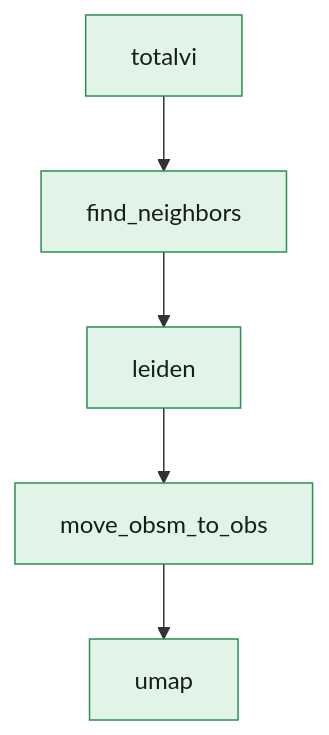
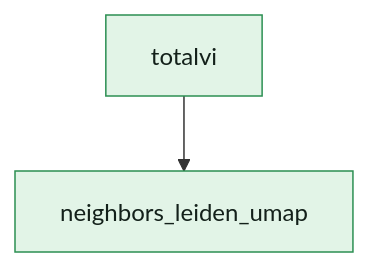
Before and after one commit to openpipelines-bio/openpipeline_docs: the diagram in reference/openpipeline/v4.2.0/workflows/integration/totalvi_leiden.qmd, drawn with Mermaid. The commit also changed other lines of this file and 40 other files, not shown here.

````diff
--- a/reference/openpipeline/v4.2.0/workflows/integration/totalvi_leiden.qmd
+++ b/reference/openpipeline/v4.2.0/workflows/integration/totalvi_leiden.qmd
@@ -148,17 +148,8 @@
 ```{mermaid}
 flowchart TB
-    v120["move_obsm_to_obs"]
-    v151["umap"]
-    v18["totalvi"]
-    v58["find_neighbors"]
-    v89["leiden"]
-    v120 --> v151
-    v18 --> v58
-    v58 --> v89
-    v89 --> v120
-    style v120 fill:#e2f4e7,stroke:#2b8f52,color:#13201a
-    style v151 fill:#e2f4e7,stroke:#2b8f52,color:#13201a
-    style v18 fill:#e2f4e7,stroke:#2b8f52,color:#13201a
-    style v58 fill:#e2f4e7,stroke:#2b8f52,color:#13201a
-    style v89 fill:#e2f4e7,stroke:#2b8f52,color:#13201a
+    c_integrate_totalvi["totalvi"]
+    c_workflows_multiomics_neighbors_leiden_umap["neighbors_leiden_umap"]
+    c_integrate_totalvi --> c_workflows_multiomics_neighbors_leiden_umap
+    style c_integrate_totalvi fill:#e2f4e7,stroke:#2b8f52,color:#13201a
+    style c_workflows_multiomics_neighbors_leiden_umap fill:#e2f4e7,stroke:#2b8f52,color:#13201a
 ```
````
